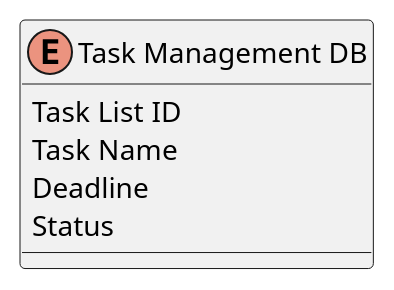
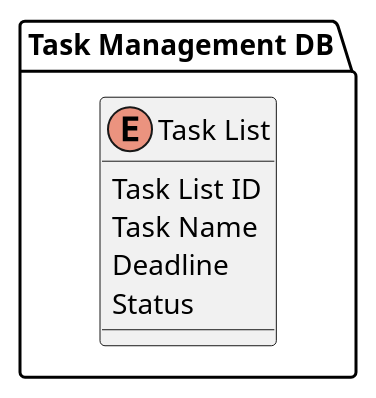
Before and after one commit to ShisatoYano/JavaTaskList: the diagram in docs/ClassDiagram.puml, drawn with PlantUML.

Commit message:
add package

```diff
--- a/docs/ClassDiagram.puml
+++ b/docs/ClassDiagram.puml
@@ -1,8 +1,10 @@
 @startuml
-enum "Task Management DB" {
-    Task List ID
-    Task Name
-    Deadline
-    Status
+package "Task Management DB" {
+    enum "Task List" {
+        Task List ID
+        Task Name
+        Deadline
+        Status
+    }
 }
 @enduml
```
